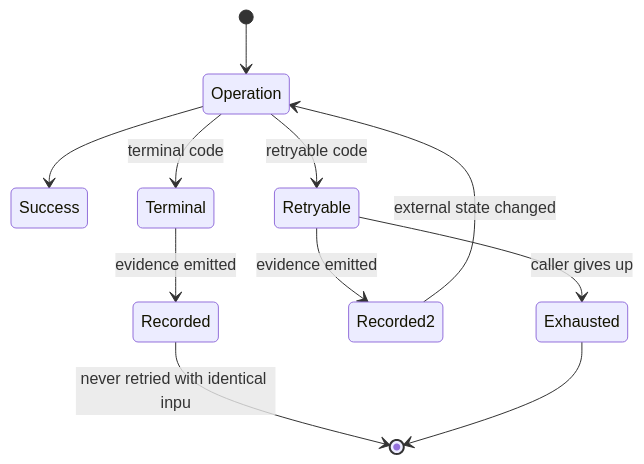
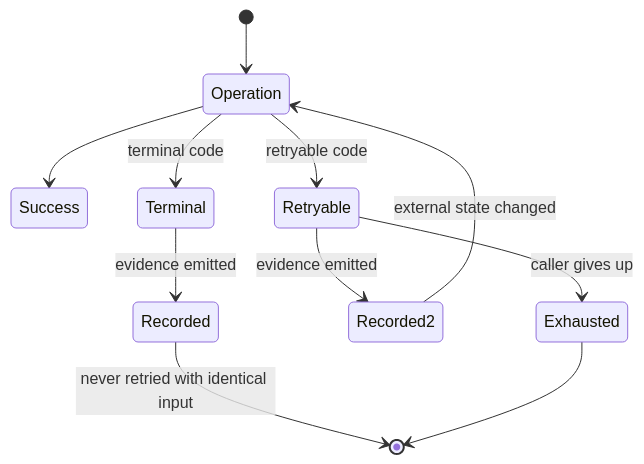
The fifth of 5 diagrams in M1_SCOPE_FREEZE.md (Rifat-Hossain49/July_hackathon), drawn with Mermaid before and after one commit. The commit also changed other lines of this file and 13 other files, not shown here.

````diff
--- a/M1_SCOPE_FREEZE.md
+++ b/M1_SCOPE_FREEZE.md
@@ -521,13 +521,13 @@
 ```mermaid
 stateDiagram-v2
   [*] --> Operation
   Operation --> Success
   Operation --> Terminal: terminal code
   Operation --> Retryable: retryable code
   Terminal --> Recorded: evidence emitted
-  Recorded --> [*]: never retried with identical inpu
+  Recorded --> [*]: never retried with identical input
   Retryable --> Recorded2: evidence emitted
   Recorded2 --> Operation: external state changed
   Retryable --> Exhausted: caller gives up
   Exhausted --> [*]
 ```
````
